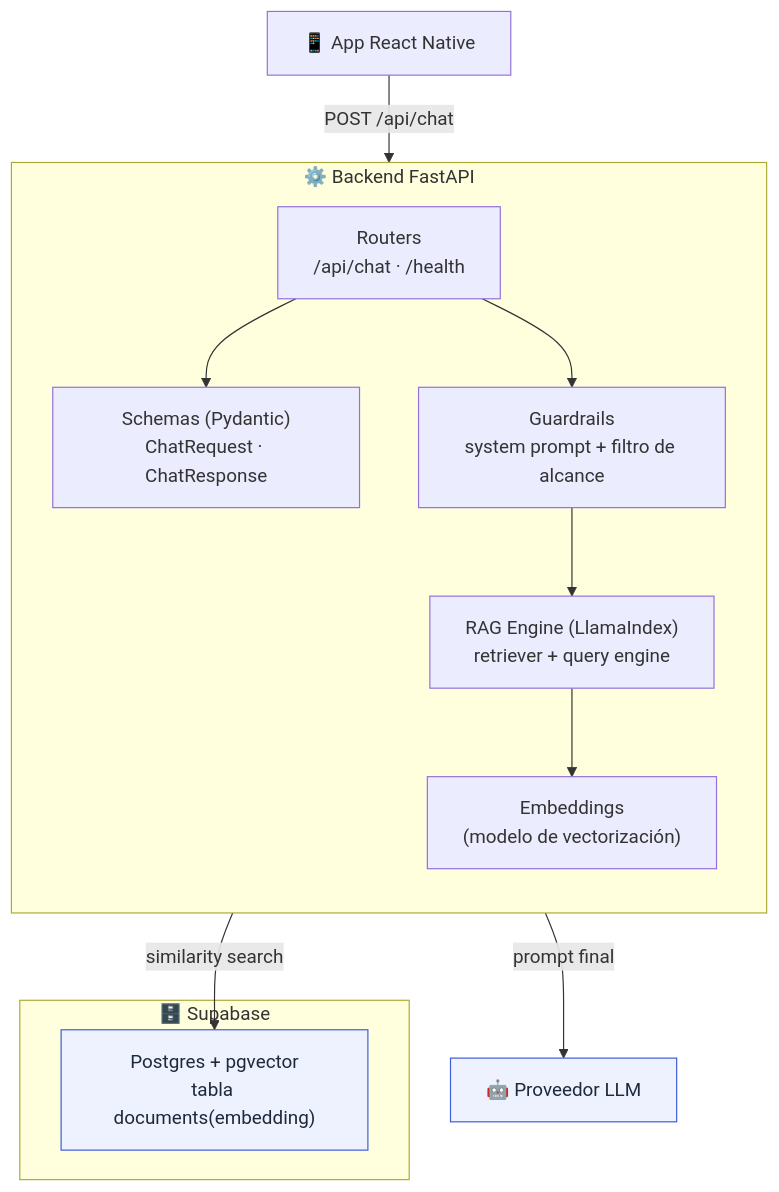
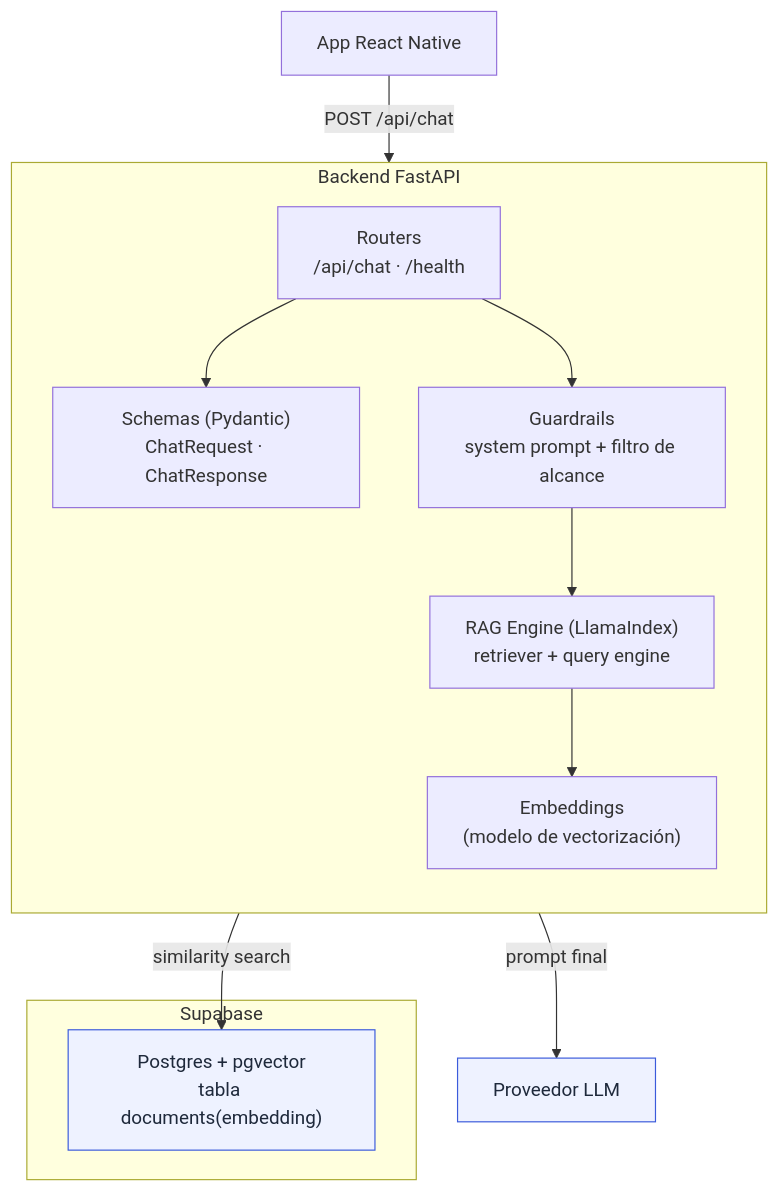
The second of 6 diagrams in documents/03-backend-rag.md (frank777ch/OndeSanMarcos), drawn with Mermaid before and after one commit. The commit also changed other lines of this file and 7 other files, not shown here.

````diff
--- a/documents/03-backend-rag.md
+++ b/documents/03-backend-rag.md
@@ -32,28 +32,28 @@
 ```mermaid
 graph TD
-    subgraph fastapi["⚙️ Backend FastAPI"]
+    subgraph fastapi["Backend FastAPI"]
         direction TB
         router["Routers<br/>/api/chat · /health"]
         schema["Schemas (Pydantic)<br/>ChatRequest · ChatResponse"]
         guard["Guardrails<br/>system prompt + filtro de alcance"]
         engine["RAG Engine (LlamaIndex)<br/>retriever + query engine"]
         embed["Embeddings<br/>(modelo de vectorización)"]
         router --> schema
         router --> guard
         guard --> engine
         engine --> embed
     end
 
-    subgraph supa["🗄️ Supabase"]
+    subgraph supa["Supabase"]
         vstore["Postgres + pgvector<br/>tabla documents(embedding)"]
     end
 
-    llm["🤖 Proveedor LLM"]
+    llm["Proveedor LLM"]
 
     engine -->|"similarity search"| vstore
     engine -->|"prompt final"| llm
-    client["📱 App React Native"] -->|"POST /api/chat"| router
+    client["App React Native"] -->|"POST /api/chat"| router
 
     classDef ext fill:#eef2ff,stroke:#3b5bdb,color:#1e293b;
     class vstore,llm ext;
 ```
````
